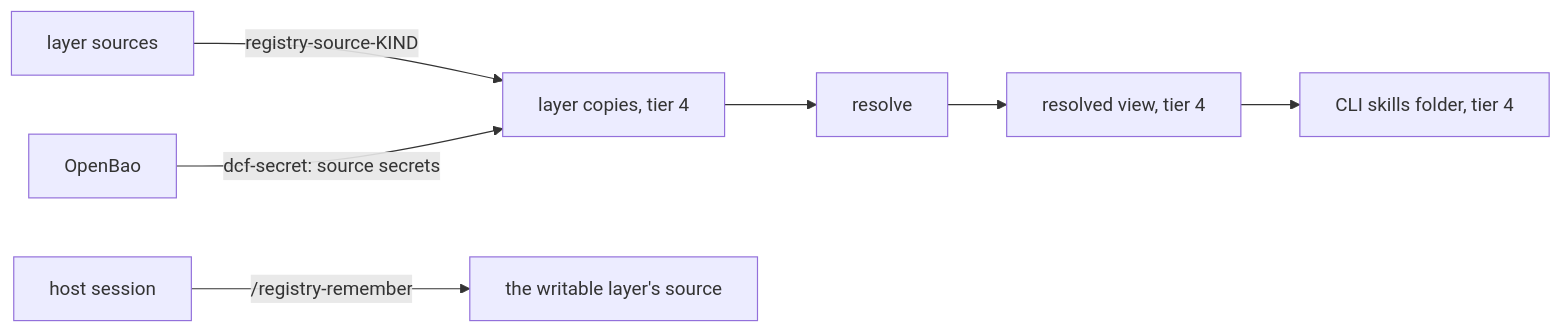
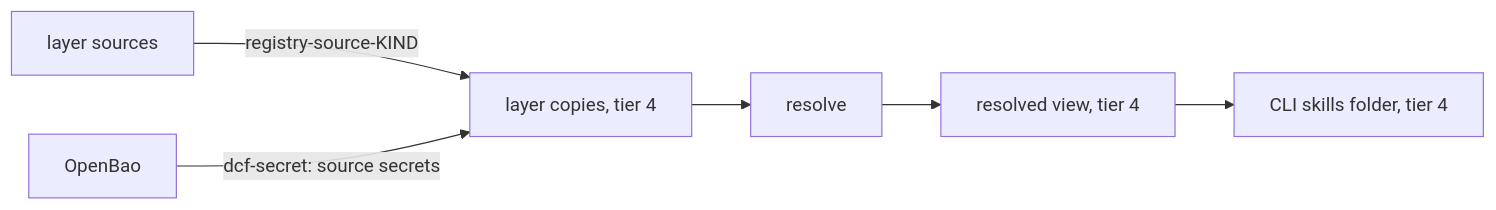
The sixth of 7 diagrams in docs/proposals/component-registry.md (nabil-becker/devcontainer-features), drawn with Mermaid before and after one commit. The commit also changed other lines of this file and 20 other files, not shown here.

First line of the commit message:
feat(component-registry)!: 2.0.0 removes .reg, writable, remember and /registry-remember (component-registry 2.0.0; registry-2-removal) (#233)

````diff
--- a/docs/proposals/component-registry.md
+++ b/docs/proposals/component-registry.md
@@ -579,8 +578,7 @@
 ```mermaid
 flowchart LR
   src["layer sources"] -->|"registry-source-KIND"| copies["layer copies, tier 4"]
   bao["OpenBao"] -->|"dcf-secret: source secrets"| copies
   copies --> res["resolve"] --> view["resolved view, tier 4"]
   view --> cli["CLI skills folder, tier 4"]
-  host["host session"] -->|"/registry-remember"| own["the writable layer's source"]
 ```
````
